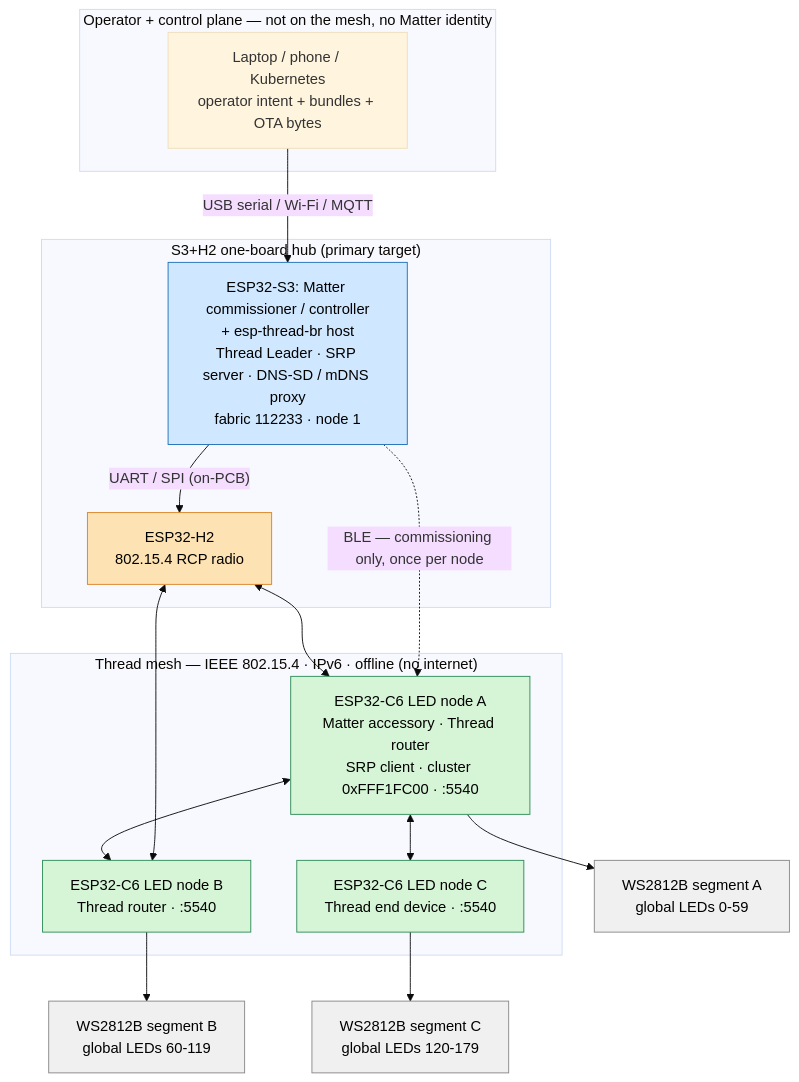
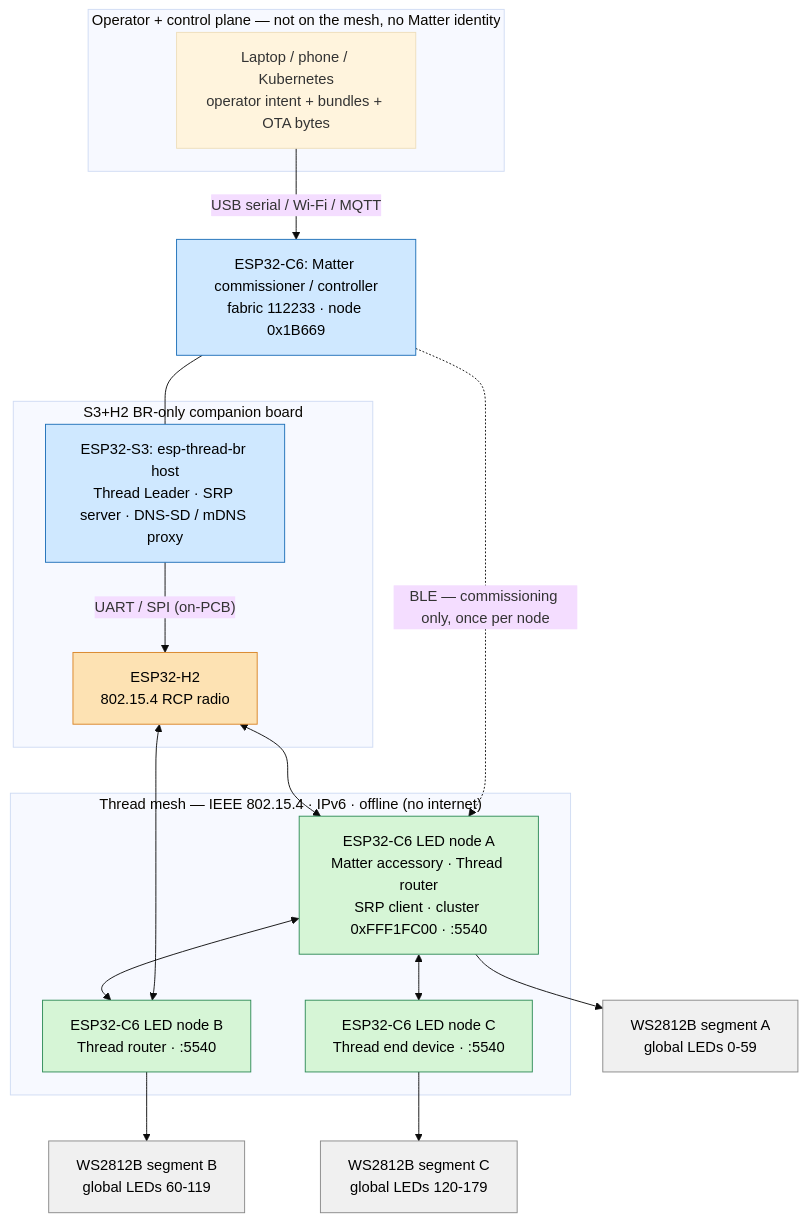
Before and after one commit to yaminsadik/led-orchestra: the first of 4 diagrams in docs/mesh-network.md, drawn with Mermaid (base theme). The commit also changed other lines of this file and 26 other files, not shown here.

````diff
--- a/docs/mesh-network.md
+++ b/docs/mesh-network.md
@@ -31,38 +31,41 @@
 ```mermaid
 flowchart TB
     subgraph ingress["Operator + control plane — not on the mesh, no Matter identity"]
         laptop["Laptop / phone / Kubernetes<br/>operator intent + bundles + OTA bytes"]
     end
 
-    subgraph hub["S3+H2 one-board hub (primary target)"]
-        ctrl["ESP32-S3: Matter commissioner / controller<br/>+ esp-thread-br host<br/>Thread Leader · SRP server · DNS-SD / mDNS proxy<br/>fabric 112233 · node 1"]:::ctrl
+    ctrl["ESP32-C6: Matter commissioner / controller<br/>fabric 112233 · node 0x1B669"]:::ctrl
+
+    subgraph hub["S3+H2 BR-only companion board"]
+        br["ESP32-S3: esp-thread-br host<br/>Thread Leader · SRP server · DNS-SD / mDNS proxy"]:::ctrl
         rcp["ESP32-H2<br/>802.15.4 RCP radio"]:::infra
-        ctrl -->|"UART / SPI (on-PCB)"| rcp
+        br -->|"UART / SPI (on-PCB)"| rcp
     end
 
     subgraph mesh["Thread mesh — IEEE 802.15.4 · IPv6 · offline (no internet)"]
         led1["ESP32-C6 LED node A<br/>Matter accessory · Thread router<br/>SRP client · cluster 0xFFF1FC00 · :5540"]:::led
         led2["ESP32-C6 LED node B<br/>Thread router · :5540"]:::led
         led3["ESP32-C6 LED node C<br/>Thread end device · :5540"]:::led
         led1 <--> led2
         led1 <--> led3
     end
 
     strip1["WS2812B segment A<br/>global LEDs 0-59"]:::strip
     strip2["WS2812B segment B<br/>global LEDs 60-119"]:::strip
     strip3["WS2812B segment C<br/>global LEDs 120-179"]:::strip
 
     laptop -->|"USB serial / Wi-Fi / MQTT"| ctrl
+    ctrl --- br
     rcp <--> led1
     rcp <--> led2
     ctrl -.->|"BLE — commissioning only, once per node"| led1
 
     led1 --> strip1
     led2 --> strip2
     led3 --> strip3
 
     classDef infra fill:#fde2b3,stroke:#d98324,color:#000;
     classDef ctrl fill:#cfe8ff,stroke:#1d6fb8,color:#000;
     classDef led fill:#d6f5d6,stroke:#2e8b57,color:#000;
     classDef strip fill:#f0f0f0,stroke:#888,color:#000;
 ```
````
